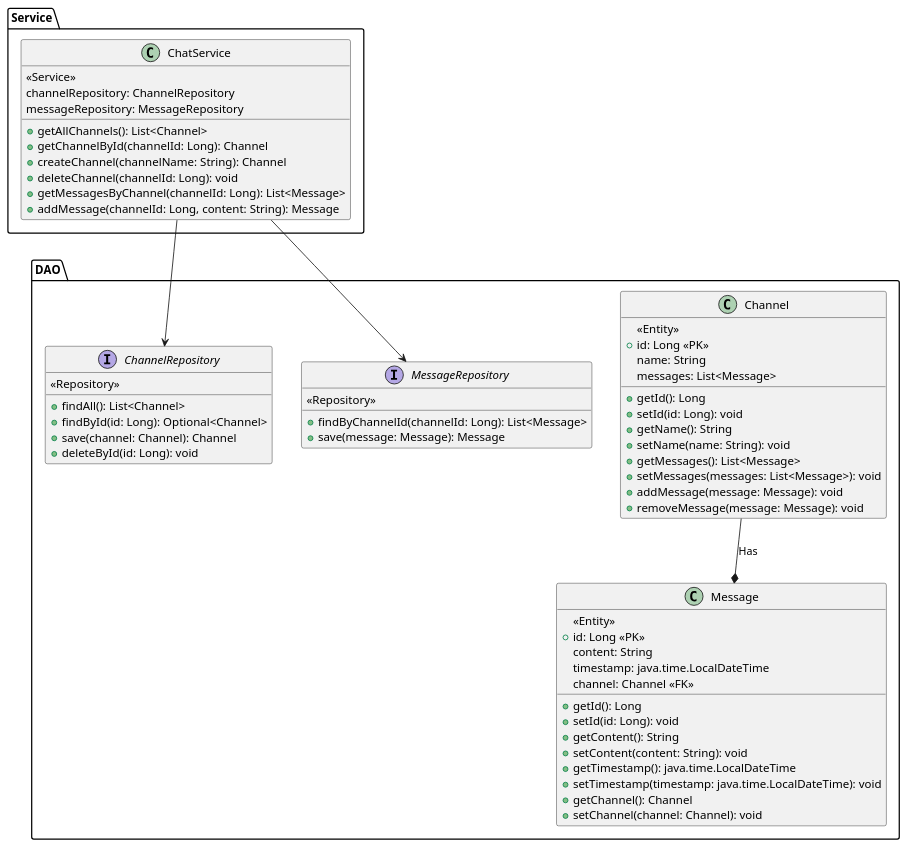
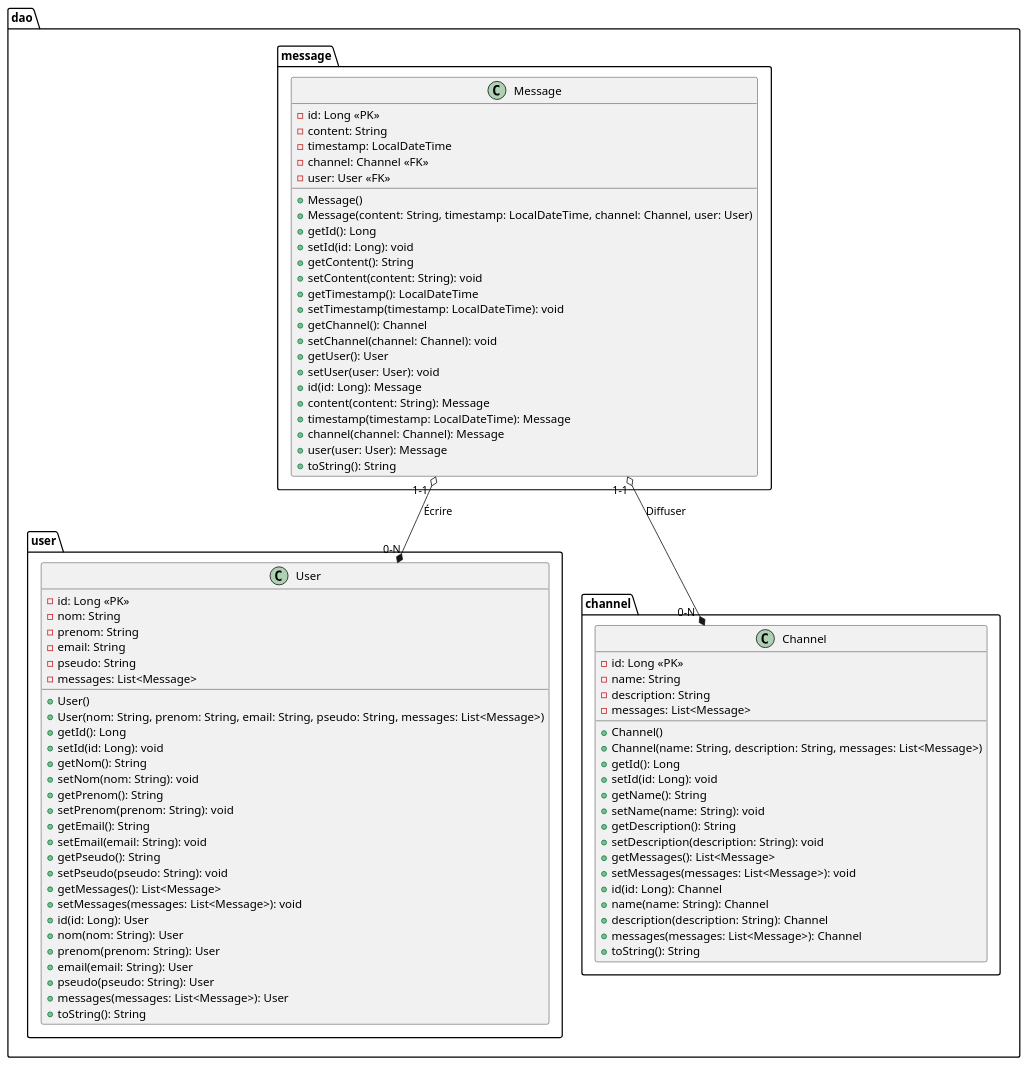
The diagram in src/main/resources/personal/uml.plantuml (eric-m2i/CertifBackProjet), drawn with PlantUML before and after one commit. The commit also changed 22 other files, not shown here.

```diff
--- a/src/main/resources/personal/uml.plantuml
+++ b/src/main/resources/personal/uml.plantuml
@@ -1,74 +1,93 @@
 @startuml
 
-package "DAO" {
+package dao.message {
+    class Message {
+        -id: Long <<PK>>
+        -content: String
+        -timestamp: LocalDateTime
+        -channel: Channel <<FK>>
+        -user: User <<FK>>
+
+        +Message()
+        +Message(content: String, timestamp: LocalDateTime, channel: Channel, user: User)
+        +getId(): Long
+        +setId(id: Long): void
+        +getContent(): String
+        +setContent(content: String): void
+        +getTimestamp(): LocalDateTime
+        +setTimestamp(timestamp: LocalDateTime): void
+        +getChannel(): Channel
+        +setChannel(channel: Channel): void
+        +getUser(): User
+        +setUser(user: User): void
+        +id(id: Long): Message
+        +content(content: String): Message
+        +timestamp(timestamp: LocalDateTime): Message
+        +channel(channel: Channel): Message
+        +user(user: User): Message
+        +toString(): String
+    }
+}
+
+package dao.user {
+    class User {
+        -id: Long <<PK>>
+        -nom: String
+        -prenom: String
+        -email: String
+        -pseudo: String
+        -messages: List<Message>
+
+        +User()
+        +User(nom: String, prenom: String, email: String, pseudo: String, messages: List<Message>)
+        +getId(): Long
+        +setId(id: Long): void
+        +getNom(): String
+        +setNom(nom: String): void
+        +getPrenom(): String
+        +setPrenom(prenom: String): void
+        +getEmail(): String
+        +setEmail(email: String): void
+        +getPseudo(): String
+        +setPseudo(pseudo: String): void
+        +getMessages(): List<Message>
+        +setMessages(messages: List<Message>): void
+        +id(id: Long): User
+        +nom(nom: String): User
+        +prenom(prenom: String): User
+        +email(email: String): User
+        +pseudo(pseudo: String): User
+        +messages(messages: List<Message>): User
+        +toString(): String
+    }
+}
+
+package dao.channel {
     class Channel {
-        <<Entity>>
-        +id: Long <<PK>>
-        name: String
-        messages: List<Message>
+        -id: Long <<PK>>
+        -name: String
+        -description: String
+        -messages: List<Message>
 
+        +Channel()
+        +Channel(name: String, description: String, messages: List<Message>)
         +getId(): Long
         +setId(id: Long): void
         +getName(): String
         +setName(name: String): void
+        +getDescription(): String
+        +setDescription(description: String): void
         +getMessages(): List<Message>
         +setMessages(messages: List<Message>): void
-        +addMessage(message: Message): void
-        +removeMessage(message: Message): void
-    }
-
-    class Message {
-        <<Entity>>
-        +id: Long <<PK>>
-        content: String
-        timestamp: java.time.LocalDateTime
-        channel: Channel <<FK>>
-
-        +getId(): Long
-        +setId(id: Long): void
-        +getContent(): String
-        +setContent(content: String): void
-        +getTimestamp(): java.time.LocalDateTime
-        +setTimestamp(timestamp: java.time.LocalDateTime): void
-        +getChannel(): Channel
-        +setChannel(channel: Channel): void
-    }
-
-    Channel --* Message : Has
-}
-
-package "Service" {
-    class ChatService {
-        <<Service>>
-        channelRepository: ChannelRepository
-        messageRepository: MessageRepository
-
-        +getAllChannels(): List<Channel>
-        +getChannelById(channelId: Long): Channel
-        +createChannel(channelName: String): Channel
-        +deleteChannel(channelId: Long): void
-        +getMessagesByChannel(channelId: Long): List<Message>
-        +addMessage(channelId: Long, content: String): Message
+        +id(id: Long): Channel
+        +name(name: String): Channel
+        +description(description: String): Channel
+        +messages(messages: List<Message>): Channel
+        +toString(): String
     }
 }
 
-package "DAO" {
-    interface ChannelRepository {
-        <<Repository>>
-        +findAll(): List<Channel>
-        +findById(id: Long): Optional<Channel>
-        +save(channel: Channel): Channel
-        +deleteById(id: Long): void
-    }
-
-    interface MessageRepository {
-        <<Repository>>
-        +findByChannelId(channelId: Long): List<Message>
-        +save(message: Message): Message
-    }
-}
-
-ChatService --> ChannelRepository
-ChatService --> MessageRepository
+Message "1-1  " o--* "0-N" User : Écrire
+Message "1-1 " o--* "0-N  " Channel : Diffuser
 
 @enduml
```
